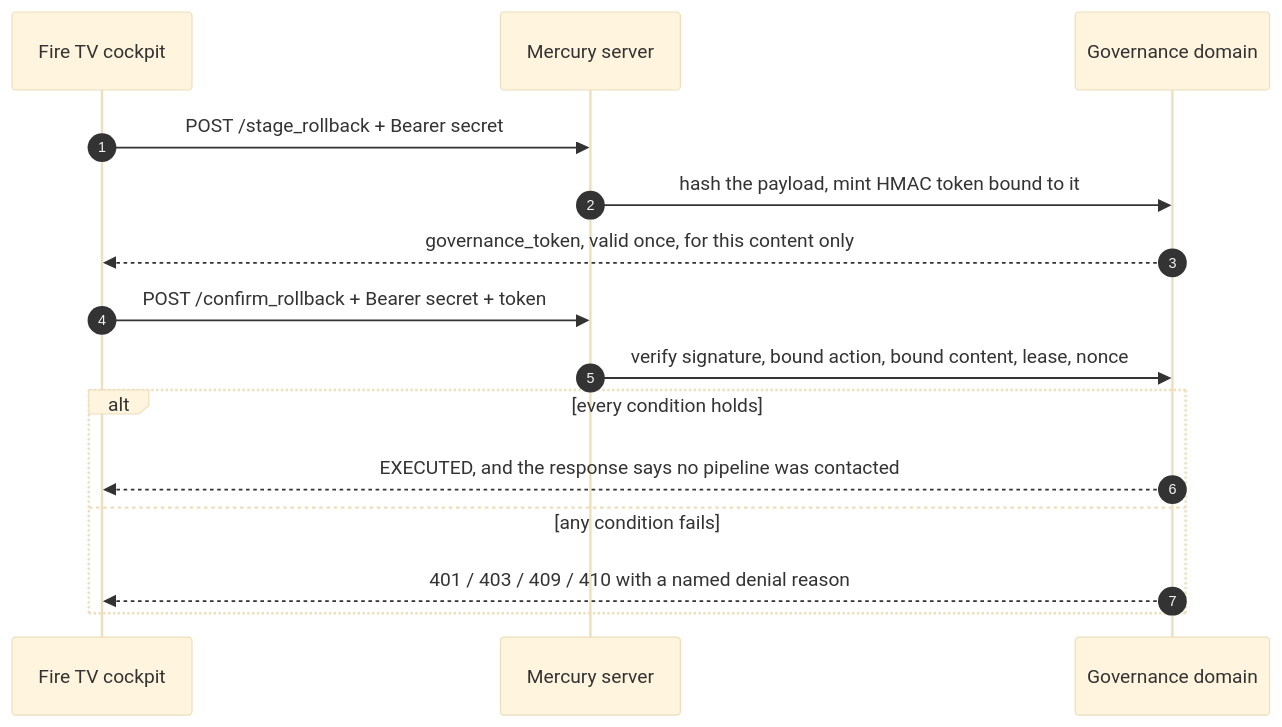
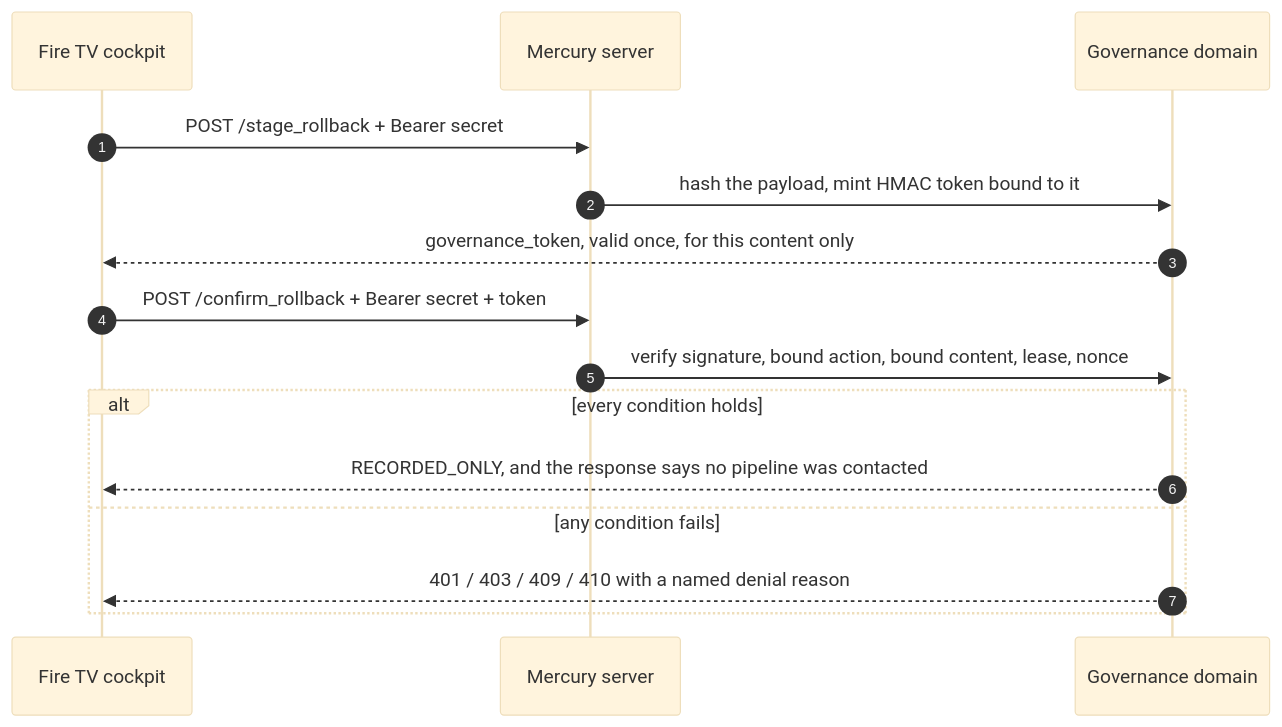
One commit to upgradedev/mercury_amazon changed the third of 3 diagrams in README.md. Above: the diagram before and after it, drawn with Mermaid (base theme). The commit also changed other lines of this file and 24 other files, not shown here.

````diff
--- a/README.md
+++ b/README.md
@@ -478,19 +478,19 @@
 ```mermaid
 sequenceDiagram
     autonumber
     participant TV as Fire TV cockpit
     participant API as Mercury server
     participant Dom as Governance domain
 
     TV->>API: POST /stage_rollback + Bearer secret
     API->>Dom: hash the payload, mint HMAC token bound to it
     Dom-->>TV: governance_token, valid once, for this content only
 
     TV->>API: POST /confirm_rollback + Bearer secret + token
     API->>Dom: verify signature, bound action, bound content, lease, nonce
     alt every condition holds
-        Dom-->>TV: EXECUTED, and the response says no pipeline was contacted
+        Dom-->>TV: RECORDED_ONLY, and the response says no pipeline was contacted
     else any condition fails
         Dom-->>TV: 401 / 403 / 409 / 410 with a named denial reason
     end
 ```
````
